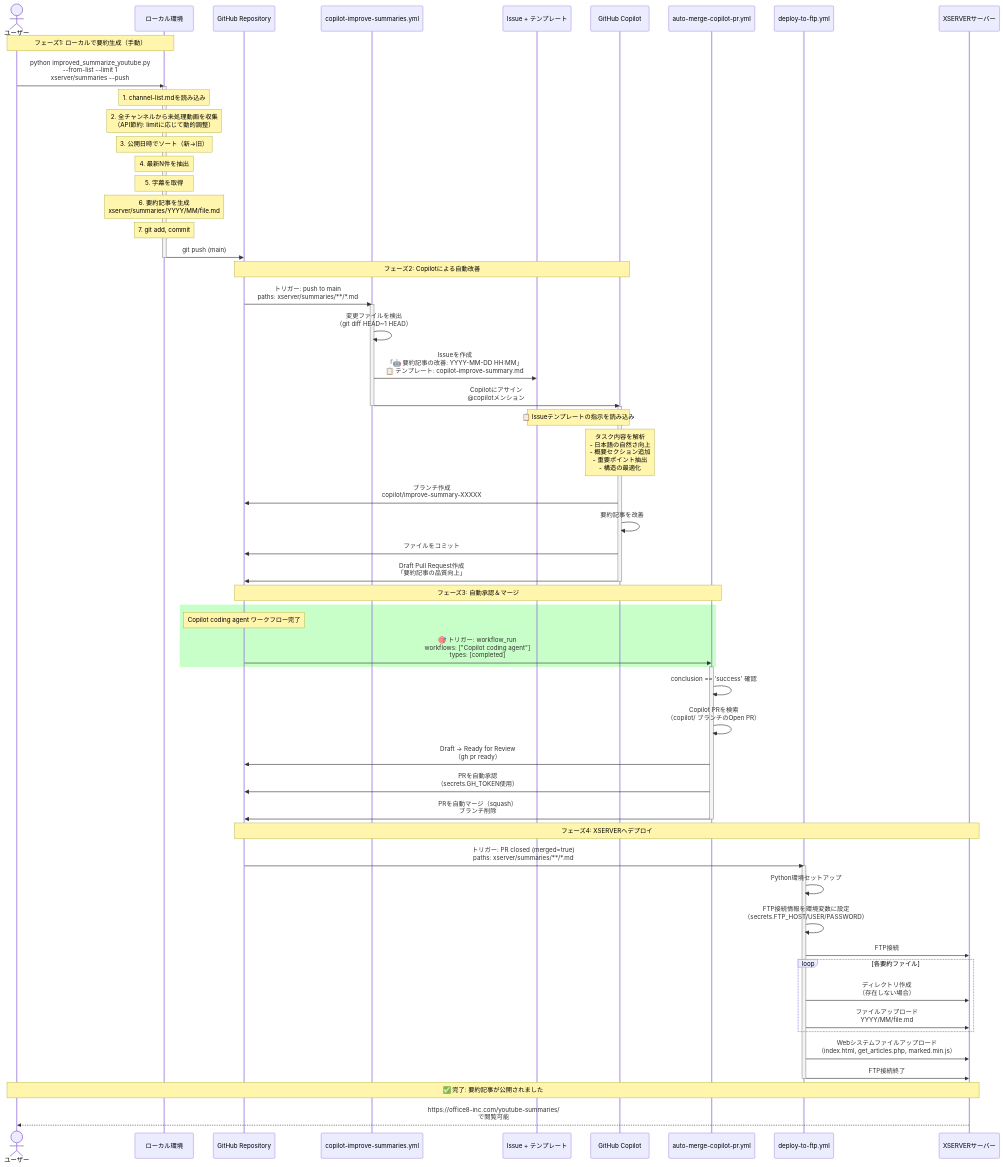
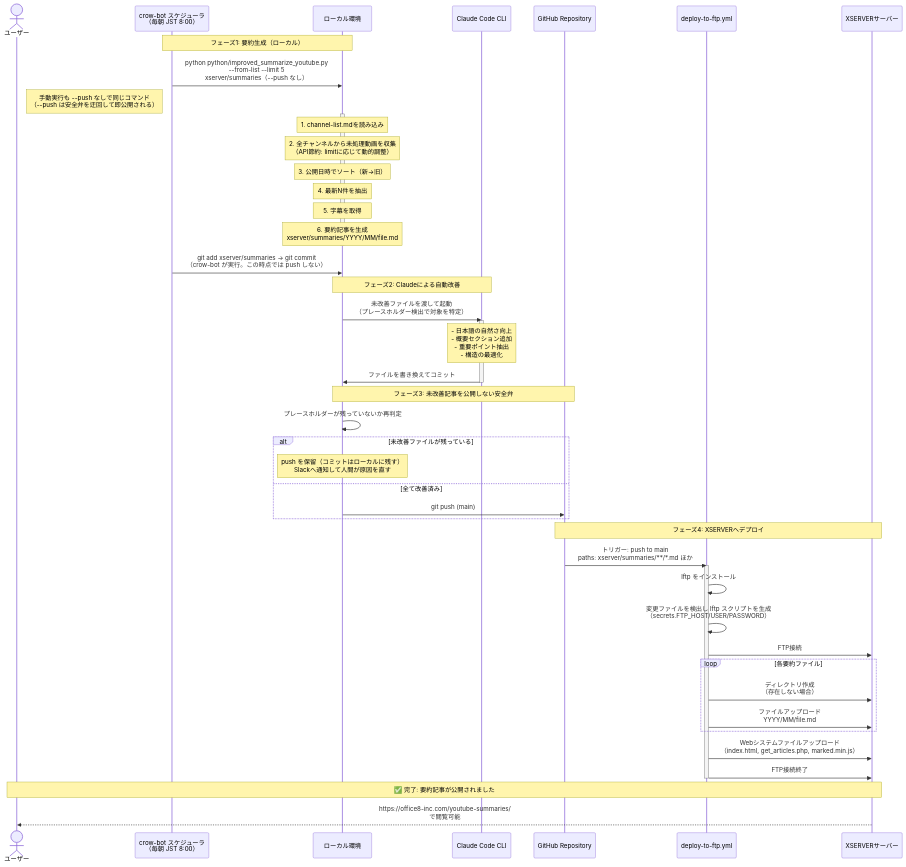
One commit to office8-inc/youtube-summaries changed the diagram in .github/sequence-diagram.md. Above: the diagram before and after it, drawn with Mermaid. The commit also changed other lines of this file and 7 other files, not shown here.

First line of the commit message:
Copilot 経路を撤去し Claude ベースの現行フローに揃える (#447)

````diff
--- a/.github/sequence-diagram.md
+++ b/.github/sequence-diagram.md
@@ -3,19 +3,18 @@
 ```mermaid
 sequenceDiagram
     actor User as ユーザー
+    participant Cron as crow-bot スケジューラ<br/>（毎朝 JST 8:00）
     participant Local as ローカル環境
+    participant Claude as Claude Code CLI
     participant GitHub as GitHub Repository
-    participant GHA1 as copilot-improve-summaries.yml
-    participant Issue as Issue + テンプレート
-    participant Copilot as GitHub Copilot
-    participant GHA2 as auto-merge-copilot-pr.yml
-    participant GHA3 as deploy-to-ftp.yml
+    participant GHA as deploy-to-ftp.yml
     participant XSERVER as XSERVERサーバー
-    
-    %% フェーズ1: 要約記事の生成とプッシュ
-    Note over User,Local: フェーズ1: ローカルで要約生成（手動）
-    User->>Local: python improved_summarize_youtube.py<br/>--from-list --limit 1<br/>xserver/summaries --push
-    
+
+    %% フェーズ1: 要約記事の生成
+    Note over Cron,Local: フェーズ1: 要約生成（ローカル）
+    Cron->>Local: python python/improved_summarize_youtube.py<br/>--from-list --limit 5<br/>xserver/summaries（--push なし）
+    Note right of User: 手動実行も --push なしで同じコマンド<br/>（--push は安全弁を迂回して即公開される）
+
     activate Local
     Note over Local: 1. channel-list.mdを読み込み
     Note over Local: 2. 全チャンネルから未処理動画を収集<br/>（API節約: limitに応じて動的調整）
@@ -23,63 +22,43 @@
     Note over Local: 4. 最新N件を抽出
     Note over Local: 5. 字幕を取得
     Note over Local: 6. 要約記事を生成<br/>xserver/summaries/YYYY/MM/file.md
-    Note over Local: 7. git add, commit
-    Local->>GitHub: git push (main)
     deactivate Local
-    
-    %% フェーズ2: Copilotによる改善
-    Note over GitHub,Copilot: フェーズ2: Copilotによる自動改善
-    GitHub->>GHA1: トリガー: push to main<br/>paths: xserver/summaries/**/*.md
-    activate GHA1
-    
-    GHA1->>GHA1: 変更ファイルを検出<br/>（git diff HEAD~1 HEAD）
-    GHA1->>Issue: Issueを作成<br/>「🤖 要約記事の改善: YYYY-MM-DD HH:MM」<br/>📋 テンプレート: copilot-improve-summary.md
-    GHA1->>Copilot: Copilotにアサイン<br/>@copilotメンション
-    deactivate GHA1
-    
-    activate Copilot
-    Note over Issue,Copilot: 📋 Issueテンプレートの指示を読み込み
-    Note over Copilot: タスク内容を解析<br/>- 日本語の自然さ向上<br/>- 概要セクション追加<br/>- 重要ポイント抽出<br/>- 構造の最適化
-    
-    Copilot->>GitHub: ブランチ作成<br/>copilot/improve-summary-XXXXX
-    Copilot->>Copilot: 要約記事を改善
-    Copilot->>GitHub: ファイルをコミット
-    Copilot->>GitHub: Draft Pull Request作成<br/>「要約記事の品質向上」
-    deactivate Copilot
-    
-    %% フェーズ3: 自動承認とマージ
-    Note over GitHub,GHA2: フェーズ3: 自動承認＆マージ
-    rect rgb(200, 255, 200)
-        Note over GitHub: Copilot coding agent ワークフロー完了
-        GitHub->>GHA2: 🎯 トリガー: workflow_run<br/>workflows: ["Copilot coding agent"]<br/>types: [completed]
+    Cron->>Local: git add xserver/summaries → git commit<br/>（crow-bot が実行。この時点では push しない）
+
+    %% フェーズ2: Claudeによる改善
+    Note over Local,Claude: フェーズ2: Claudeによる自動改善
+    Local->>Claude: 未改善ファイルを渡して起動<br/>（プレースホルダー検出で対象を特定）
+    activate Claude
+    Note over Claude: - 日本語の自然さ向上<br/>- 概要セクション追加<br/>- 重要ポイント抽出<br/>- 構造の最適化
+    Claude->>Local: ファイルを書き換えてコミット
+    deactivate Claude
+
+    %% フェーズ3: 安全弁つきpush
+    Note over Local,GitHub: フェーズ3: 未改善記事を公開しない安全弁
+    Local->>Local: プレースホルダーが残っていないか再判定
+    alt 未改善ファイルが残っている
+        Note over Local: push を保留（コミットはローカルに残す）<br/>Slackへ通知して人間が原因を直す
+    else 全て改善済み
+        Local->>GitHub: git push (main)
     end
-    activate GHA2
-    
-    GHA2->>GHA2: conclusion == 'success' 確認
-    GHA2->>GHA2: Copilot PRを検索<br/>（copilot/ ブランチのOpen PR）
-    GHA2->>GitHub: Draft → Ready for Review<br/>（gh pr ready）
-    GHA2->>GitHub: PRを自動承認<br/>（secrets.GH_TOKEN使用）
-    GHA2->>GitHub: PRを自動マージ（squash）<br/>ブランチ削除
-    deactivate GHA2
-    
+
     %% フェーズ4: FTPアップロード
     Note over GitHub,XSERVER: フェーズ4: XSERVERへデプロイ
-    GitHub->>GHA3: トリガー: PR closed (merged=true)<br/>paths: xserver/summaries/**/*.md
-    activate GHA3
-    
-    GHA3->>GHA3: Python環境セットアップ
-    GHA3->>GHA3: FTP接続情報を環境変数に設定<br/>（secrets.FTP_HOST/USER/PASSWORD）
-    GHA3->>XSERVER: FTP接続
-    
+    GitHub->>GHA: トリガー: push to main<br/>paths: xserver/summaries/**/*.md ほか
+    activate GHA
+    GHA->>GHA: lftp をインストール
+    GHA->>GHA: 変更ファイルを検出し lftp スクリプトを生成<br/>（secrets.FTP_HOST/USER/PASSWORD）
+    GHA->>XSERVER: FTP接続
+
     loop 各要約ファイル
-        GHA3->>XSERVER: ディレクトリ作成<br/>（存在しない場合）
-        GHA3->>XSERVER: ファイルアップロード<br/>YYYY/MM/file.md
+        GHA->>XSERVER: ディレクトリ作成<br/>（存在しない場合）
+        GHA->>XSERVER: ファイルアップロード<br/>YYYY/MM/file.md
     end
-    
-    GHA3->>XSERVER: Webシステムファイルアップロード<br/>（index.html, get_articles.php, marked.min.js）
-    GHA3->>XSERVER: FTP接続終了
-    deactivate GHA3
-    
+
+    GHA->>XSERVER: Webシステムファイルアップロード<br/>（index.html, get_articles.php, marked.min.js）
+    GHA->>XSERVER: FTP接続終了
+    deactivate GHA
+
     %% 完了
     Note over User,XSERVER: ✅ 完了: 要約記事が公開されました
     XSERVER-->>User: https://office8-inc.com/youtube-summaries/<br/>で閲覧可能
````
